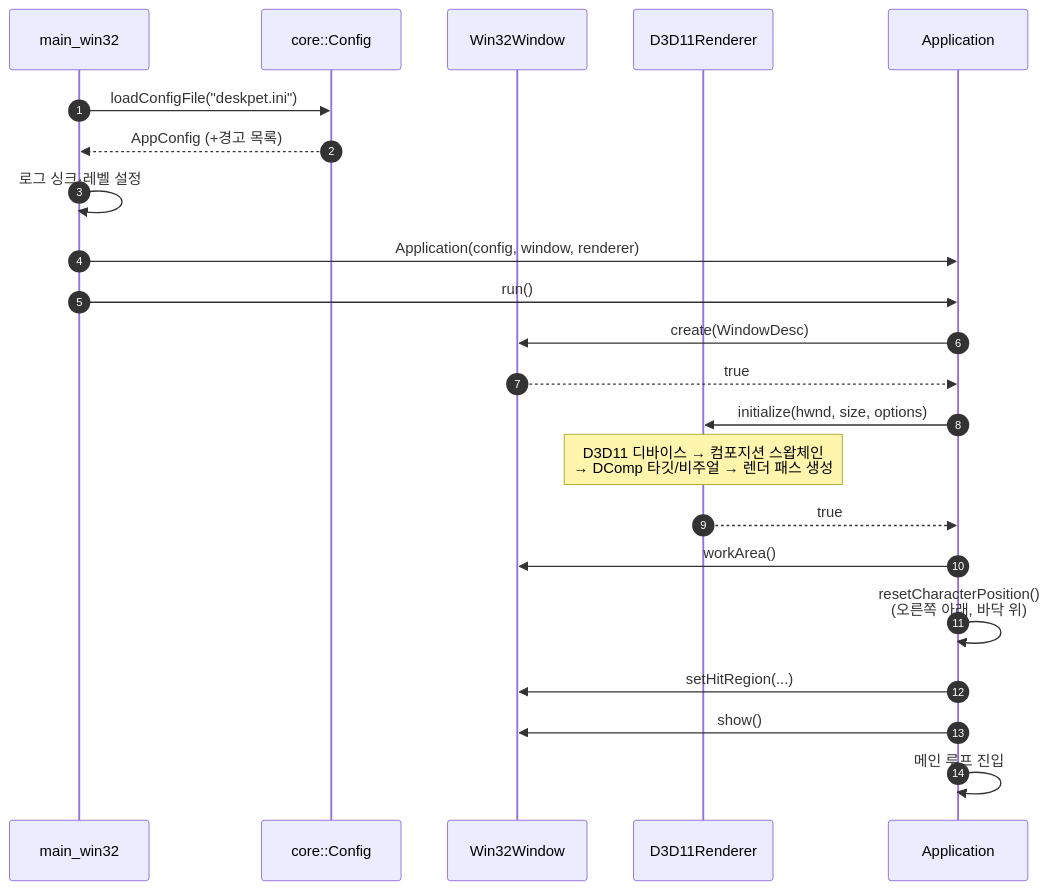
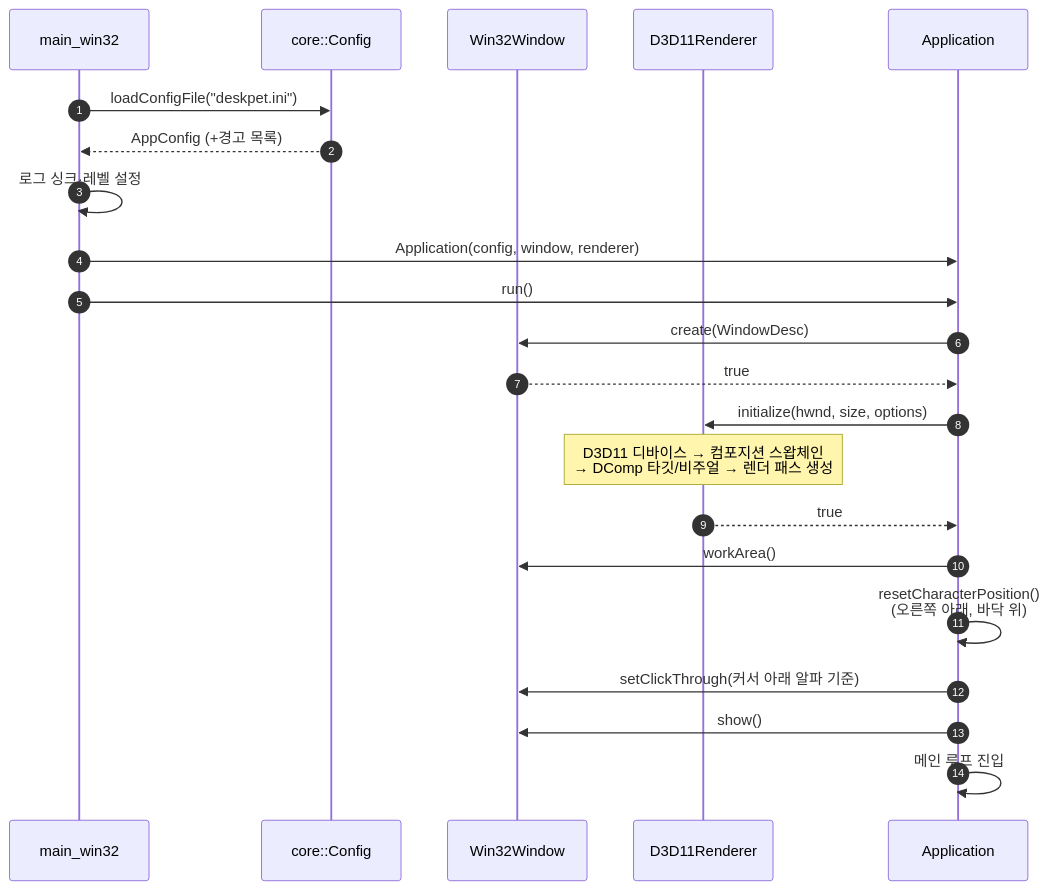
The fourth of 12 diagrams in docs/02-architecture/SAD.md (ChoHye0N/TinyDeskPet), drawn with Mermaid before and after one commit. The commit also changed other lines of this file and 17 other files, not shown here.

````diff
--- a/docs/02-architecture/SAD.md
+++ b/docs/02-architecture/SAD.md
@@ -210,25 +211,25 @@
 ```mermaid
 sequenceDiagram
     autonumber
     participant Main as main_win32
     participant Cfg as core::Config
     participant Win as Win32Window
     participant Rnd as D3D11Renderer
     participant App as Application
 
     Main->>Cfg: loadConfigFile("deskpet.ini")
     Cfg-->>Main: AppConfig (+경고 목록)
     Main->>Main: 로그 싱크·레벨 설정
     Main->>App: Application(config, window, renderer)
     Main->>App: run()
     App->>Win: create(WindowDesc)
     Win-->>App: true
     App->>Rnd: initialize(hwnd, size, options)
     Note over Rnd: D3D11 디바이스 → 컴포지션 스왑체인<br/>→ DComp 타깃/비주얼 → 렌더 패스 생성
     Rnd-->>App: true
     App->>Win: workArea()
     App->>App: resetCharacterPosition()<br/>(오른쪽 아래, 바닥 위)
-    App->>Win: setHitRegion(...)
+    App->>Win: setClickThrough(커서 아래 알파 기준)
     App->>Win: show()
     App->>App: 메인 루프 진입
 ```
````
